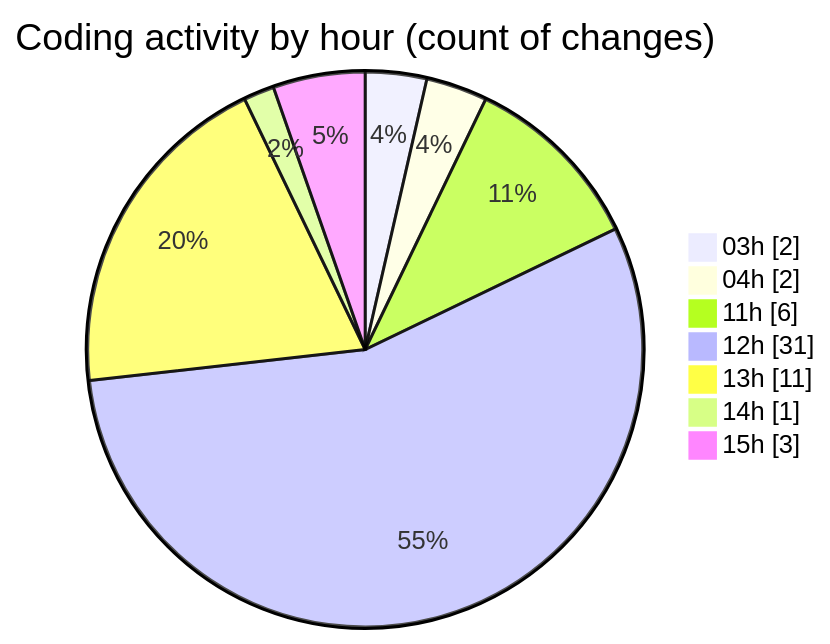
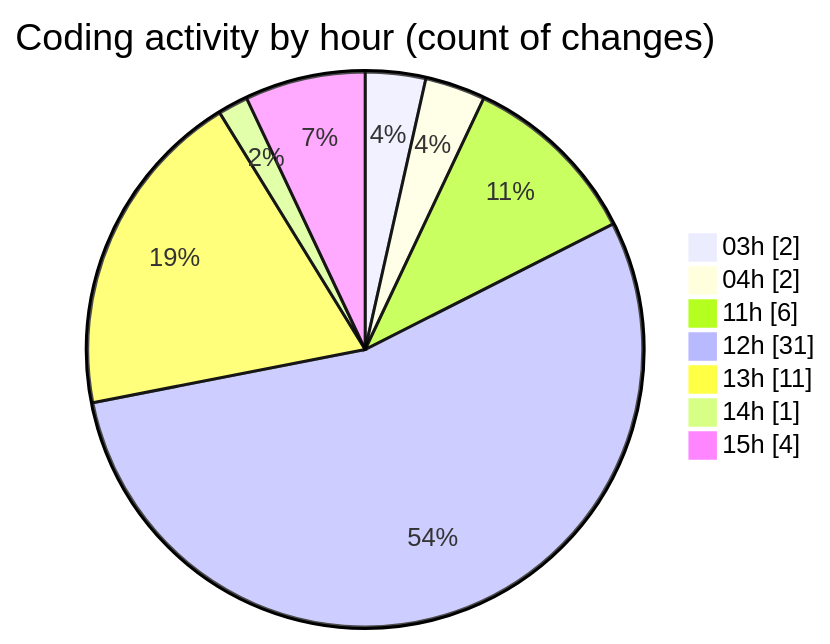
Before and after one commit to FelipKnott/code-tracking: the second of 2 diagrams in 2025-07-04/cursor/README.md, drawn with Mermaid. The commit also changed other lines of this file and 1 other file, not shown here.

````diff
--- a/2025-07-04/cursor/README.md
+++ b/2025-07-04/cursor/README.md
@@ -45,11 +45,11 @@
 ```mermaid
 pie showData
 title Coding activity by hour (count of changes)
 "03h" : 2
 "04h" : 2
 "11h" : 6
 "12h" : 31
 "13h" : 11
 "14h" : 1
-"15h" : 3
+"15h" : 4
 ```
````
